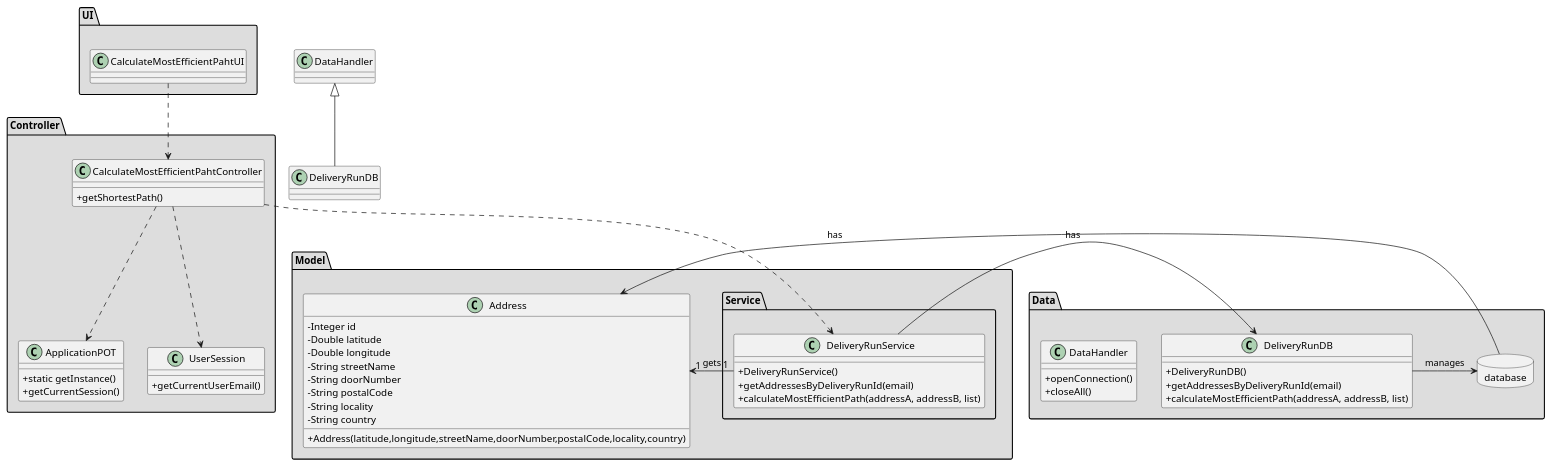
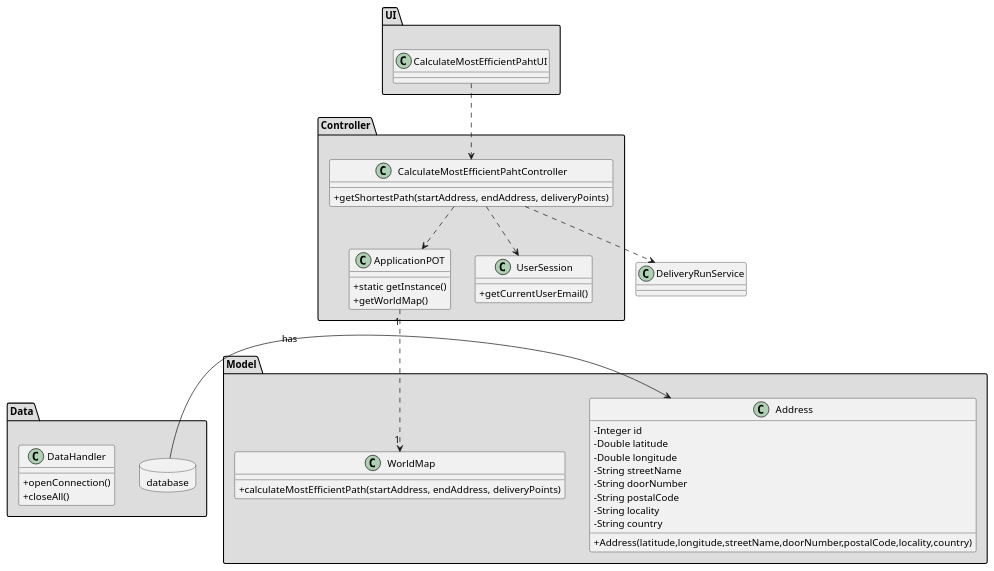
One commit to tiagoavcosta25/LAPR3 changed the diagram in docs/Iteration 2/Delivery Management/Refinement/US23_CalculateMostEfficientPath/US23_CD.puml. Above: the diagram before and after it, drawn with PlantUML. The commit also changed 9 other files, not shown here.

Commit message:
LAPR2AP2-23 #refining Calculate Most Efficient Path [Implementation]

```diff
--- a/docs/Iteration 2/Delivery Management/Refinement/US23_CalculateMostEfficientPath/US23_CD.puml
+++ b/docs/Iteration 2/Delivery Management/Refinement/US23_CalculateMostEfficientPath/US23_CD.puml
@@ -1,71 +1,62 @@
 @startuml
 skinparam classAttributeIconSize 0
 
 
 package "UI" #DDDDDD {
 class CalculateMostEfficientPahtUI{
 
 }
 }
 package "Controller" #DDDDDD {
 class CalculateMostEfficientPahtController{
-+getShortestPath()
++getShortestPath(startAddress, endAddress, deliveryPoints)
 }
 class ApplicationPOT
 {
   +static getInstance()
-    +getCurrentSession()
+  +getWorldMap()
 }
 class UserSession
 {
   +getCurrentUserEmail()
 }
 }
 package "Model" #DDDDDD {
+ class WorldMap {
+ +calculateMostEfficientPath(startAddress, endAddress, deliveryPoints)
+ }
 
 class Address{
 -Integer id
 -Double latitude
 -Double longitude
 -String streetName
 -String doorNumber
 -String postalCode
 -String locality
 -String country
 +Address(latitude,longitude,streetName,doorNumber,postalCode,locality,country)
 }
-package Service #DDDDDD {
 
-class DeliveryRunService{
-+DeliveryRunService()
-+getAddressesByDeliveryRunId(email)
-+calculateMostEfficientPath(addressA, addressB, list)
-}
-
-}
 }
 package "Data" #DDDDDD {
 class DataHandler{
 +openConnection()
 +closeAll()
 }
 
- class DeliveryRunDB{
- +DeliveryRunDB()
- +getAddressesByDeliveryRunId(email)
- +calculateMostEfficientPath(addressA, addressB, list)
- }
+
  database database{
  }
  }
+
+
 CalculateMostEfficientPahtController ..> UserSession
 CalculateMostEfficientPahtUI ..> CalculateMostEfficientPahtController
 CalculateMostEfficientPahtController ..> ApplicationPOT
 CalculateMostEfficientPahtController ..> DeliveryRunService
-DeliveryRunService  ->  DeliveryRunDB : has
-DeliveryRunService "1" -> "1" Address : gets
-DeliveryRunDB -> database : manages
+ApplicationPOT "1" ..> "1" WorldMap
 database ->Address : has
-class DeliveryRunDB extends DataHandler
+
 
 @enduml
```
